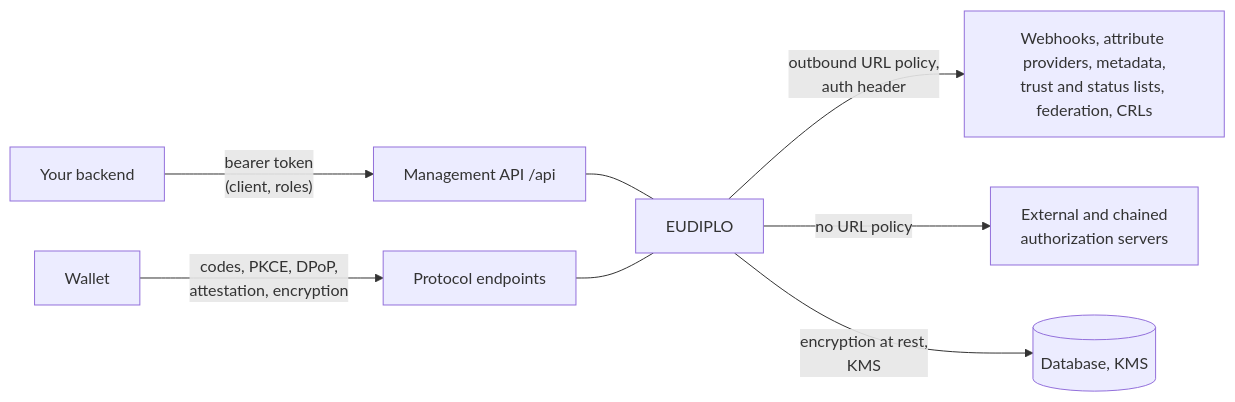
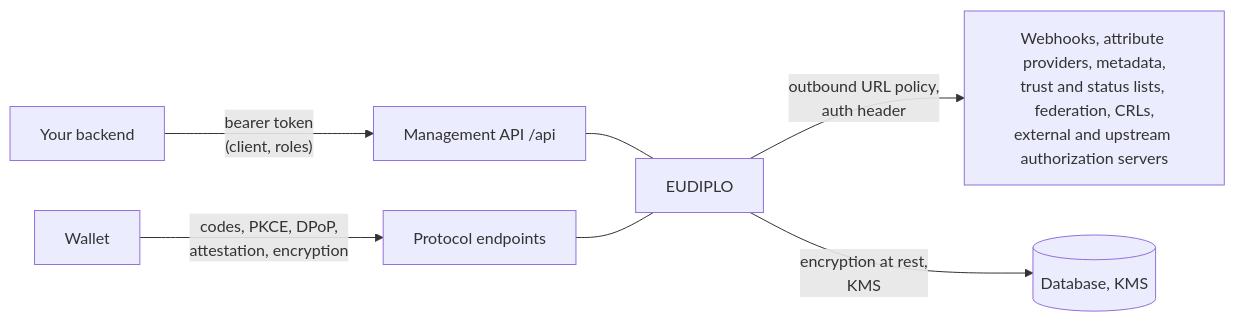
Before and after one commit to Cypher-CP0/eudiplo: the diagram in apps/docs/docs/concepts/security-model.md, drawn with Mermaid. The commit also changed other lines of this file and 18 other files, not shown here.

````diff
--- a/apps/docs/docs/concepts/security-model.md
+++ b/apps/docs/docs/concepts/security-model.md
@@ -12,10 +12,9 @@
 ```mermaid
 flowchart LR
     BE[Your backend] -->|"bearer token<br/>(client, roles)"| API["Management API /api"]
     W[Wallet] -->|"codes, PKCE, DPoP,<br/>attestation, encryption"| P[Protocol endpoints]
-    E[EUDIPLO] -->|"outbound URL policy,<br/>auth header"| X["Webhooks, attribute providers, metadata,<br/>trust and status lists, federation, CRLs"]
-    E -->|"no URL policy"| T["External and chained<br/>authorization servers"]
+    E[EUDIPLO] -->|"outbound URL policy,<br/>auth header"| X["Webhooks, attribute providers, metadata,<br/>trust and status lists, federation, CRLs,<br/>external and upstream authorization servers"]
     E -->|"encryption at rest,<br/>KMS"| S[(Database, KMS)]
     API --- E
     P --- E
 ```
````
